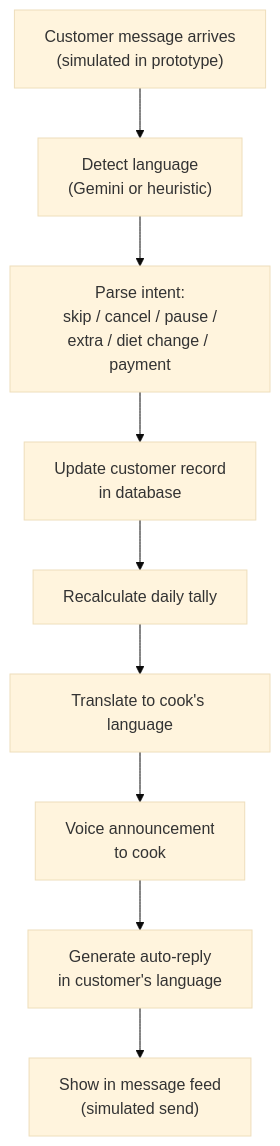
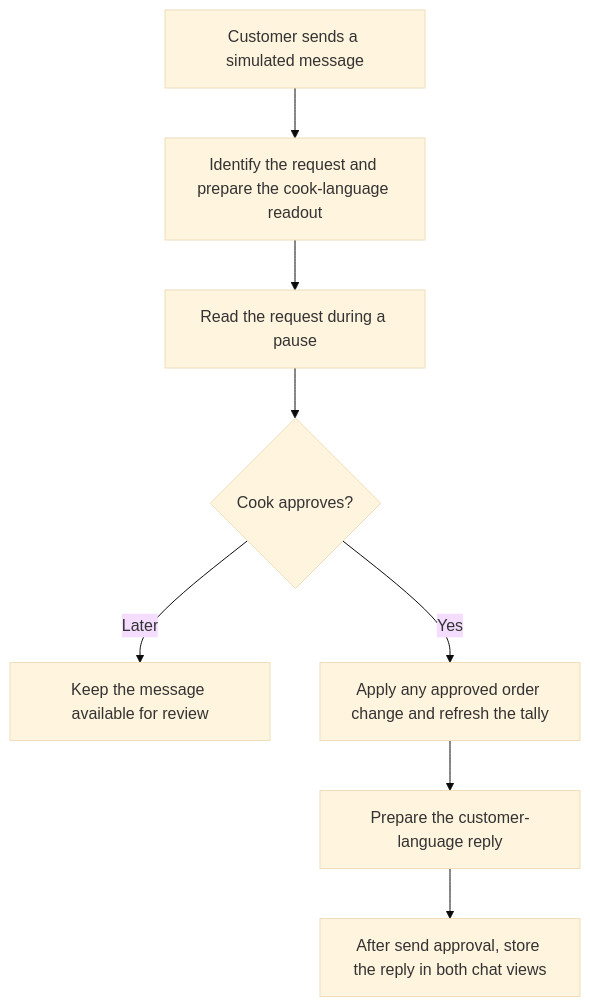
One commit to Prabhav-020108/RasoiSaathi changed the fourth of 4 diagrams in PLAN.md. Above: the diagram before and after it, drawn with Mermaid (base theme). The commit also changed other lines of this file and 31 other files, not shown here.

Commit message:
Fix : Voice detection, latency, architecture flow

````diff
--- a/PLAN.md
+++ b/PLAN.md
@@ -802,11 +804,10 @@
 ```mermaid
 flowchart TD
-    A["Customer message arrives\n(simulated in prototype)"] --> B["Detect language\n(Gemini or heuristic)"]
-    B --> C["Parse intent:\nskip / cancel / pause /\nextra / diet change / payment"]
-    C --> D["Update customer record\nin database"]
-    D --> E["Recalculate daily tally"]
-    E --> F["Translate to cook's language"]
-    F --> G["Voice announcement\nto cook"]
-    G --> H["Generate auto-reply\nin customer's language"]
-    H --> I["Show in message feed\n(simulated send)"]
+    A["Customer sends a simulated message"] --> B["Identify the request and prepare the cook-language readout"]
+    B --> C["Read the request during a pause"]
+    C --> D{"Cook approves?"}
+    D -->|Later| E["Keep the message available for review"]
+    D -->|Yes| F["Apply any approved order change and refresh the tally"]
+    F --> G["Prepare the customer-language reply"]
+    G --> H["After send approval, store the reply in both chat views"]
 ```
````
